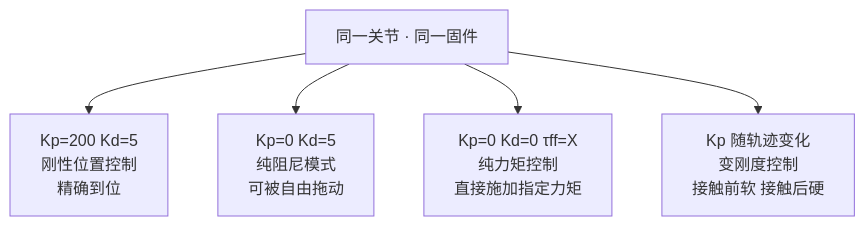
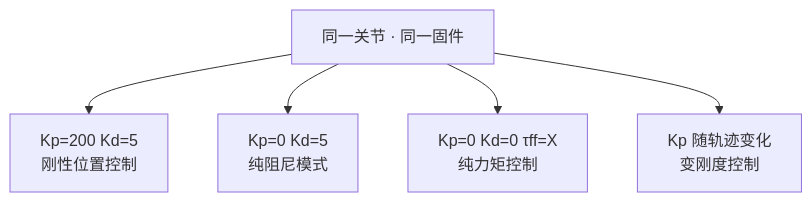
The first of 7 diagrams in dev/mit-pd-feedforward-signal-chain/doc.md (shuyx/xc-robot2lab), drawn with Mermaid before and after one commit. The commit also changed other lines of this file and 105 other files, not shown here.

````diff
--- a/dev/mit-pd-feedforward-signal-chain/doc.md
+++ b/dev/mit-pd-feedforward-signal-chain/doc.md
@@ -39,8 +39,8 @@
 ```mermaid
 flowchart TD
     A["同一关节 · 同一固件"]
-    A --> B["Kp=200 Kd=5\n刚性位置控制\n精确到位"]
-    A --> C["Kp=0 Kd=5\n纯阻尼模式\n可被自由拖动"]
-    A --> D["Kp=0 Kd=0 τff=X\n纯力矩控制\n直接施加指定力矩"]
-    A --> E["Kp 随轨迹变化\n变刚度控制\n接触前软 接触后硬"]
+    A --> B["Kp=200 Kd=5<br/>刚性位置控制"]
+    A --> C["Kp=0 Kd=5<br/>纯阻尼模式"]
+    A --> D["Kp=0 Kd=0 τff=X<br/>纯力矩控制"]
+    A --> E["Kp 随轨迹变化<br/>变刚度控制"]
 ```
````
